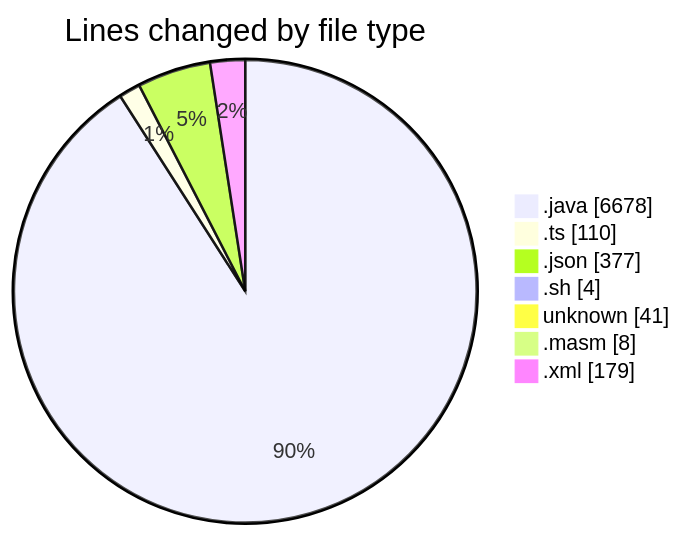
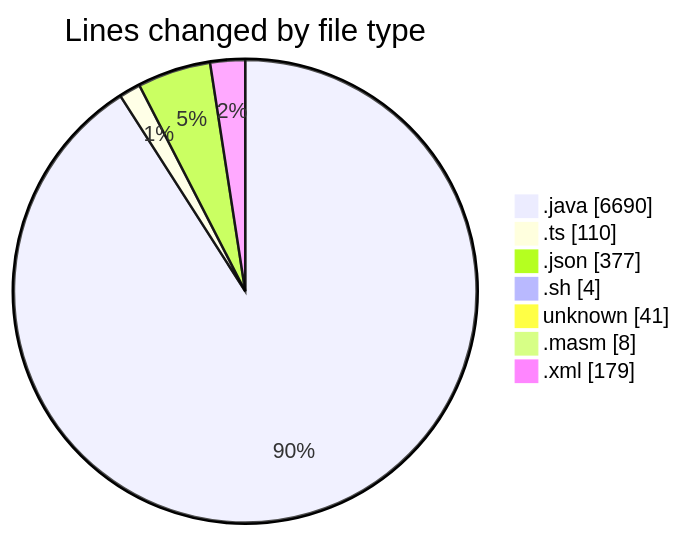
Before and after one commit to charlie-sans/code-tracking: the first of 2 diagrams in 2025-02-20/micros/README.md, drawn with Mermaid. The commit also changed other lines of this file and 1 other file, not shown here.

````diff
--- a/2025-02-20/micros/README.md
+++ b/2025-02-20/micros/README.md
@@ -46,11 +46,11 @@
 ```mermaid
 pie showData
 title Lines changed by file type
-".java" : 6678
+".java" : 6690
 ".ts" : 110
 ".json" : 377
 ".sh" : 4
 "unknown" : 41
 ".masm" : 8
 ".xml" : 179
 ```
````
